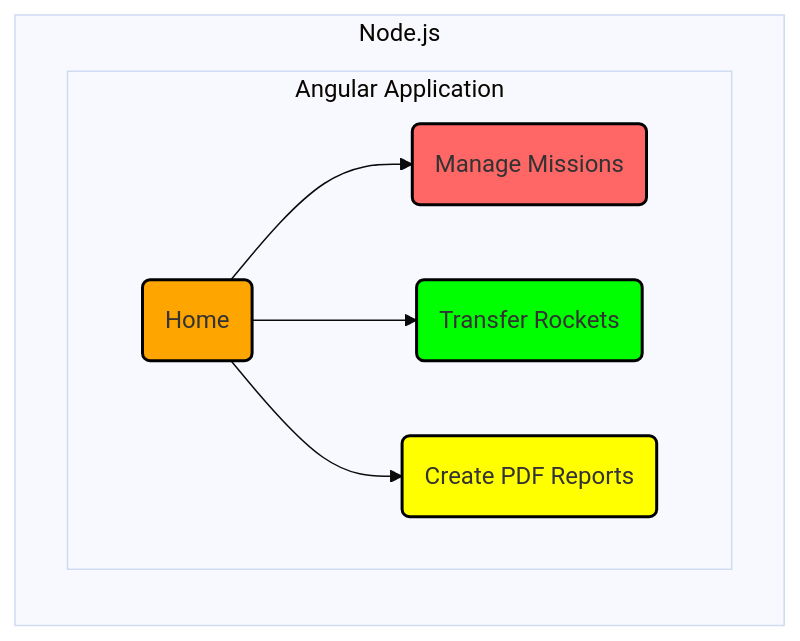
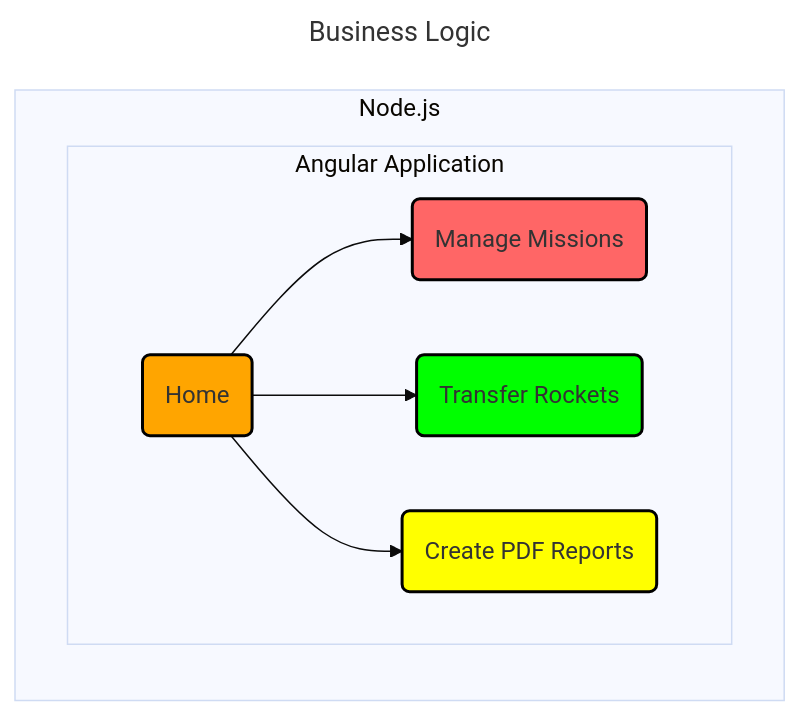
One commit to Ee-Cs/RecruitmentTaskS2 changed the first of 4 diagrams in docs/README.md. Above: the diagram before and after it, drawn with Mermaid (base theme). The commit also changed other lines of this file, not shown here.

````diff
--- a/docs/README.md
+++ b/docs/README.md
@@ -25,20 +25,23 @@
 ```mermaid
+---
+title: Business Logic
+---
 flowchart LR
   HOME(Home):::orangeBox
   MNG_MIS(Manage Missions):::redBox
   TRA_ROC(Transfer Rockets):::greenBox
   PDF(Create PDF Reports):::yellowBox
 %% Flows
   subgraph Node.js
     subgraph "Angular Application"
       HOME --> MNG_MIS
       HOME --> TRA_ROC
       HOME --> PDF
     end
   end
 %% Style Definitions
   classDef redBox fill: #ff6666, stroke: #000, stroke-width: 2px
   classDef greenBox fill: #00ff00, stroke: #000, stroke-width: 2px
   classDef yellowBox fill: #ffff00, stroke: #000, stroke-width: 2px
   classDef orangeBox  fill: #ffa500,stroke: #000, stroke-width:2px
 ```
````
